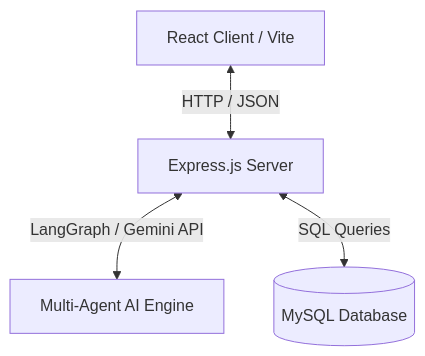
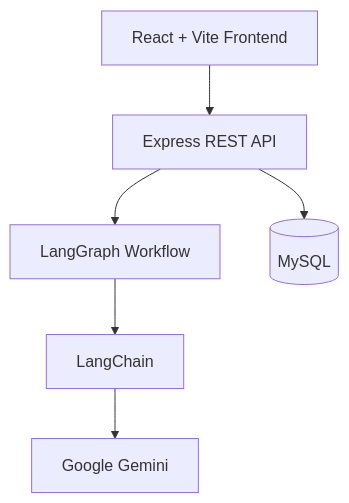
Before and after one commit to adeshsonawane46/AlphaLens: the diagram in README.md, drawn with Mermaid. The commit also changed other lines of this file and 2 other files, not shown here.

Commit message:
Update README and architecture documentation

````diff
--- a/README.md
+++ b/README.md
@@ -22,6 +123,25 @@
 ```mermaid
 graph TD
-    A[React Client / Vite] <-->|HTTP / JSON| B[Express.js Server]
-    B <-->|LangGraph / Gemini API| C[Multi-Agent AI Engine]
-    B <-->|SQL Queries| D[(MySQL Database)]
+
+A[React + Vite Frontend]
+
+B[Express REST API]
+
+C[LangGraph Workflow]
+
+D[LangChain]
+
+E[Google Gemini]
+
+F[(MySQL)]
+
+A --> B
+
+B --> C
+
+C --> D
+
+D --> E
+
+B --> F
 ```
````
